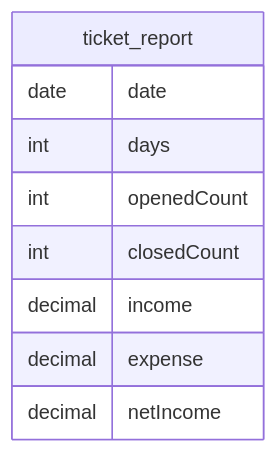
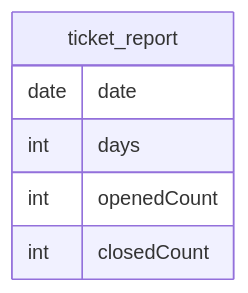
The first of 2 diagrams in docs/diagrams/database/ticket-report.md (coinhub-uit/coinhub-uit.github.io), drawn with Mermaid before and after one commit. The commit also changed other lines of this file and 2 other files, not shown here.

Commit message:
refactor(db): split up -> revenue report

````diff
--- a/docs/diagrams/database/ticket-report.md
+++ b/docs/diagrams/database/ticket-report.md
@@ -11,12 +11,9 @@
 ```mermaid
 erDiagram
   ticket_report {
     date date
     int days
     int openedCount
     int closedCount
-    decimal income
-    decimal expense
-    decimal netIncome
   }
 ```
````
